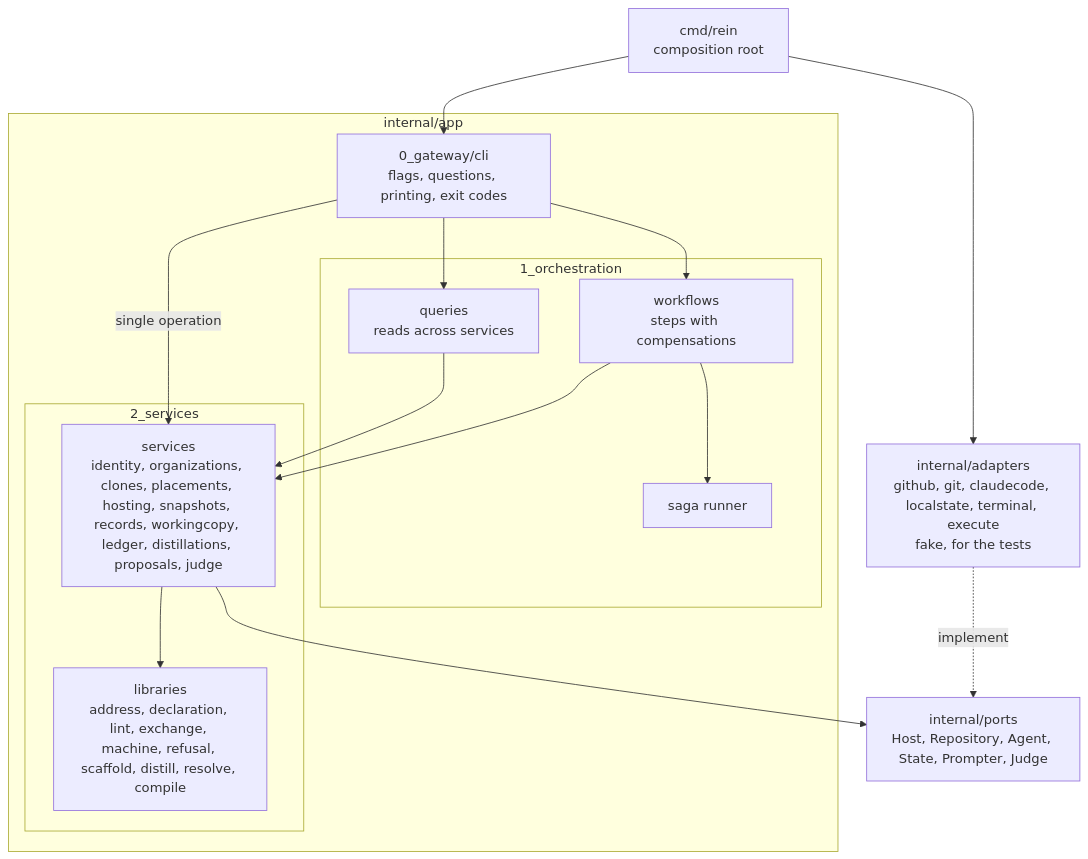
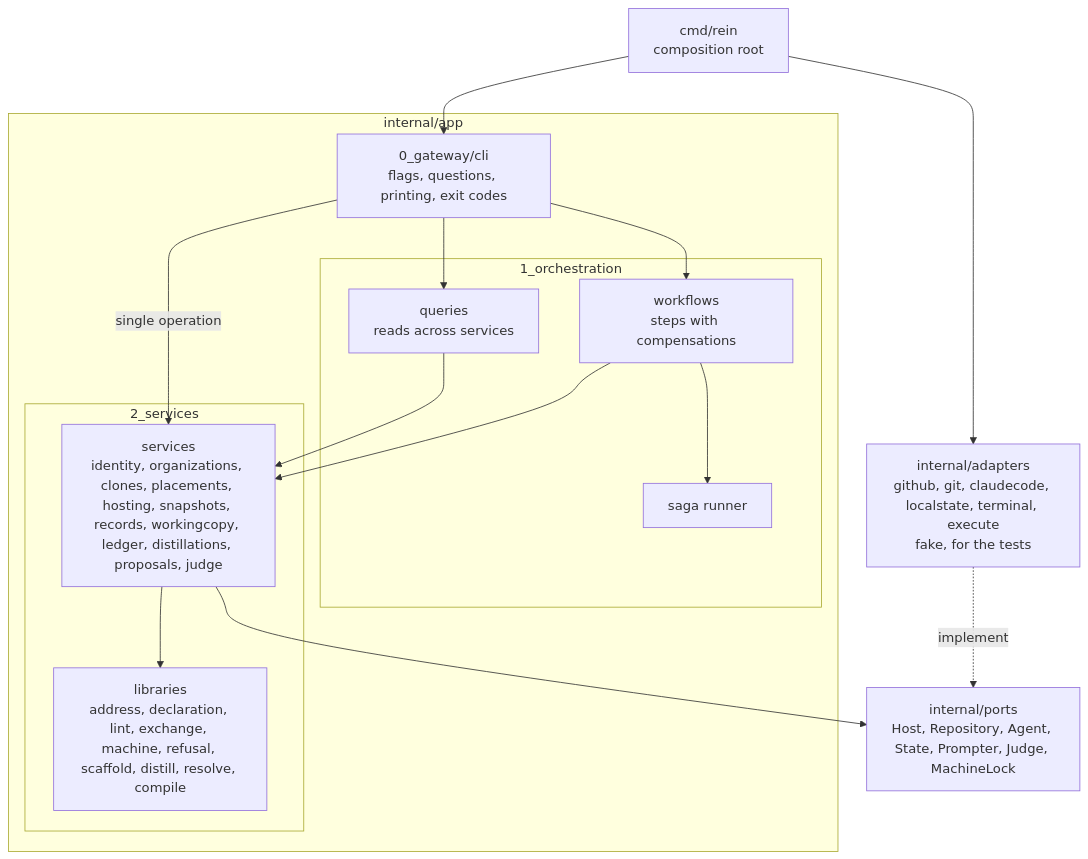
One commit to Danidani23/agents-rein changed the diagram in docs/architecture.md. Above: the diagram before and after it, drawn with Mermaid. The commit also changed other lines of this file and 22 other files, not shown here.

````diff
--- a/docs/architecture.md
+++ b/docs/architecture.md
@@ -18,30 +18,30 @@
 ```mermaid
 flowchart TB
     main["cmd/rein<br/>composition root"]
     subgraph app["internal/app"]
         gateway["0_gateway/cli<br/>flags, questions, printing, exit codes"]
         subgraph orchestration["1_orchestration"]
             workflows["workflows<br/>steps with compensations"]
             queries["queries<br/>reads across services"]
             runner["saga runner"]
         end
         subgraph services["2_services"]
             svc["services<br/>identity, organizations, clones, placements, hosting, snapshots, records, workingcopy, ledger, distillations, proposals, judge"]
             libs["libraries<br/>address, declaration, lint, exchange, machine, refusal, scaffold, distill, resolve, compile"]
         end
     end
-    ports["internal/ports<br/>Host, Repository, Agent, State, Prompter, Judge"]
+    ports["internal/ports<br/>Host, Repository, Agent, State, Prompter, Judge, MachineLock"]
     adapters["internal/adapters<br/>github, git, claudecode, localstate, terminal, execute<br/>fake, for the tests"]
 
     main --> gateway
     main --> adapters
     gateway --> workflows
     gateway --> queries
     gateway -- "single operation" --> svc
     workflows --> runner
     workflows --> svc
     queries --> svc
     svc --> ports
     svc --> libs
     adapters -. implement .-> ports
 ```
````
